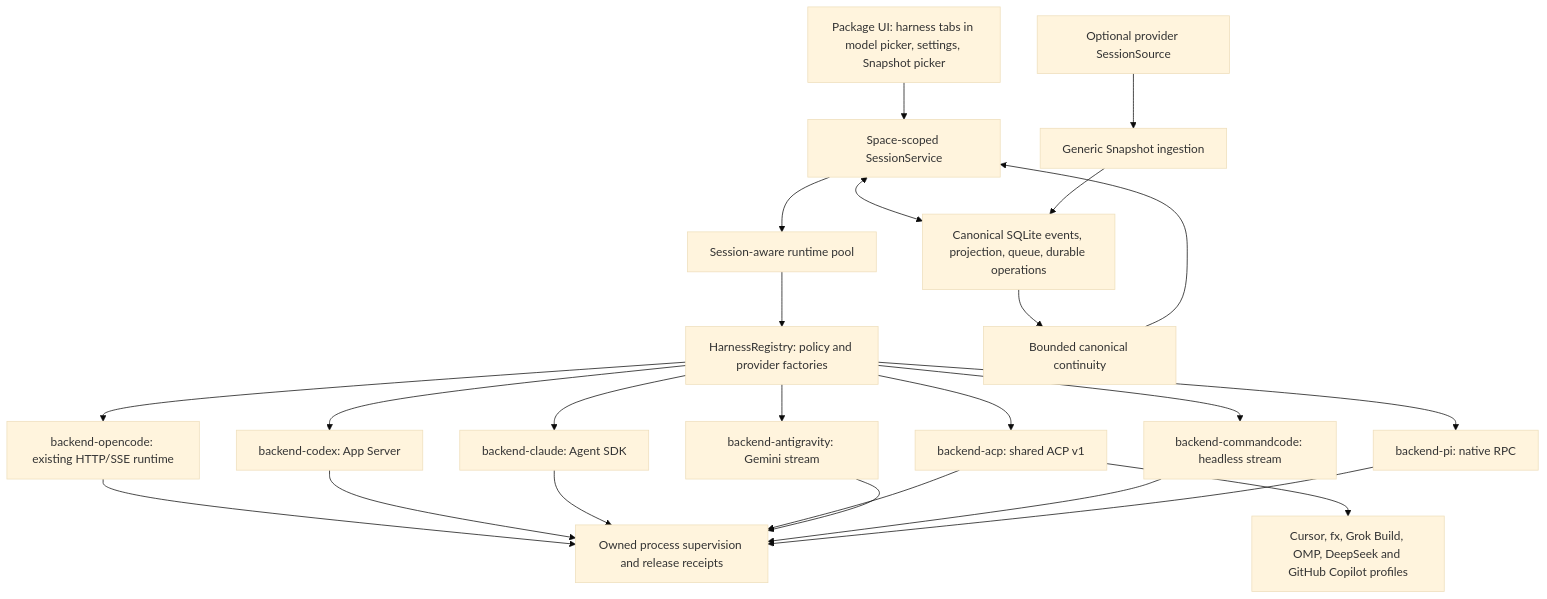
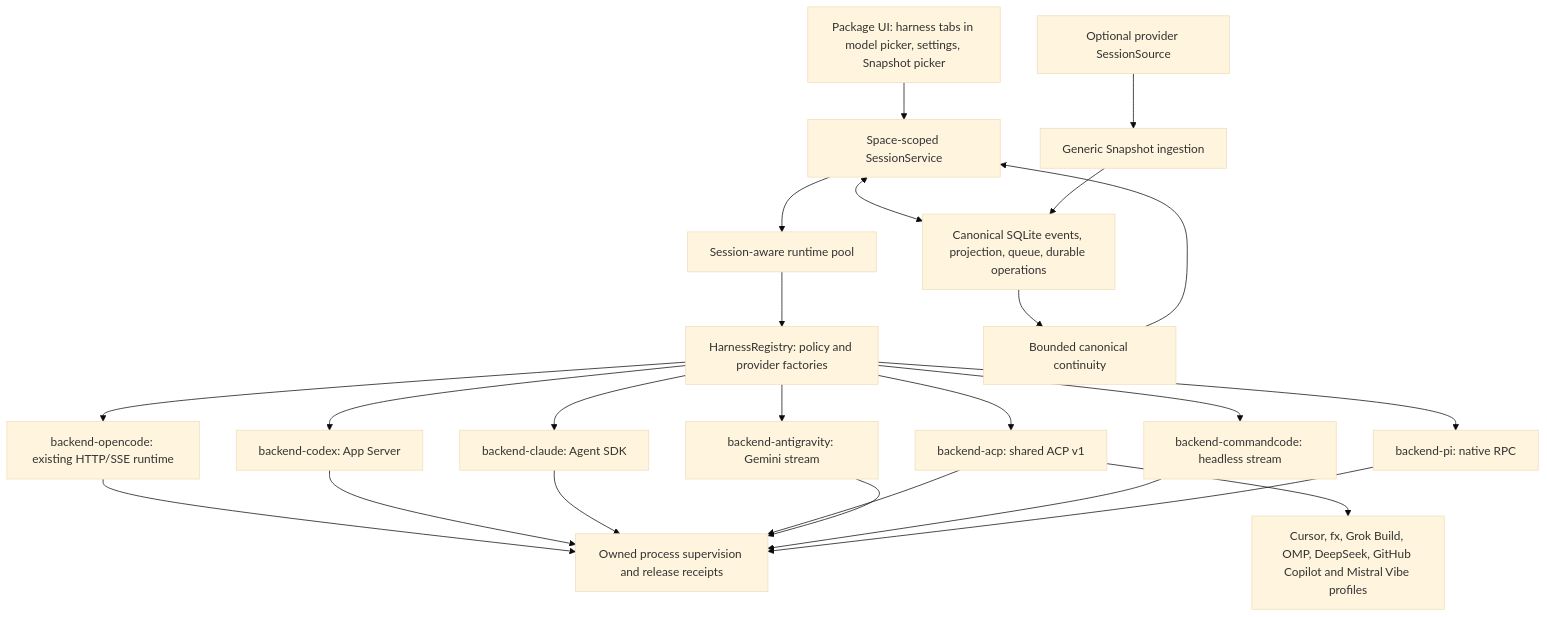
One commit to Polyth/Polyth changed the diagram in docs/architecture/multi-harness.md. Above: the diagram before and after it, drawn with Mermaid (base theme). The commit also changed other lines of this file and 29 other files, not shown here.

````diff
--- a/docs/architecture/multi-harness.md
+++ b/docs/architecture/multi-harness.md
@@ -9,26 +9,26 @@
 ```mermaid
 flowchart TD
   UI[Package UI: harness tabs in model picker, settings, Snapshot picker] --> SS[Space-scoped SessionService]
   SS <--> DB[Canonical SQLite events, projection, queue, durable operations]
   SS --> POOL[Session-aware runtime pool]
   POOL --> REG[HarnessRegistry: policy and provider factories]
   REG --> OC[backend-opencode: existing HTTP/SSE runtime]
   REG --> CX[backend-codex: App Server]
   REG --> CC[backend-claude: Agent SDK]
   REG --> ACP[backend-acp: shared ACP v1]
   REG --> AG[backend-antigravity: Gemini stream]
   REG --> CMD[backend-commandcode: headless stream]
   REG --> PI[backend-pi: native RPC]
-  ACP --> PROFILES[Cursor, fx, Grok Build, OMP, DeepSeek and GitHub Copilot profiles]
+  ACP --> PROFILES[Cursor, fx, Grok Build, OMP, DeepSeek, GitHub Copilot and Mistral Vibe profiles]
   OC --> AUTH[Owned process supervision and release receipts]
   CX --> AUTH
   CC --> AUTH
   ACP --> AUTH
   AG --> AUTH
   CMD --> AUTH
   PI --> AUTH
   DB --> CTX[Bounded canonical continuity]
   CTX --> SS
   SOURCE[Optional provider SessionSource] --> SNAP[Generic Snapshot ingestion]
   SNAP --> DB
 ```
````
